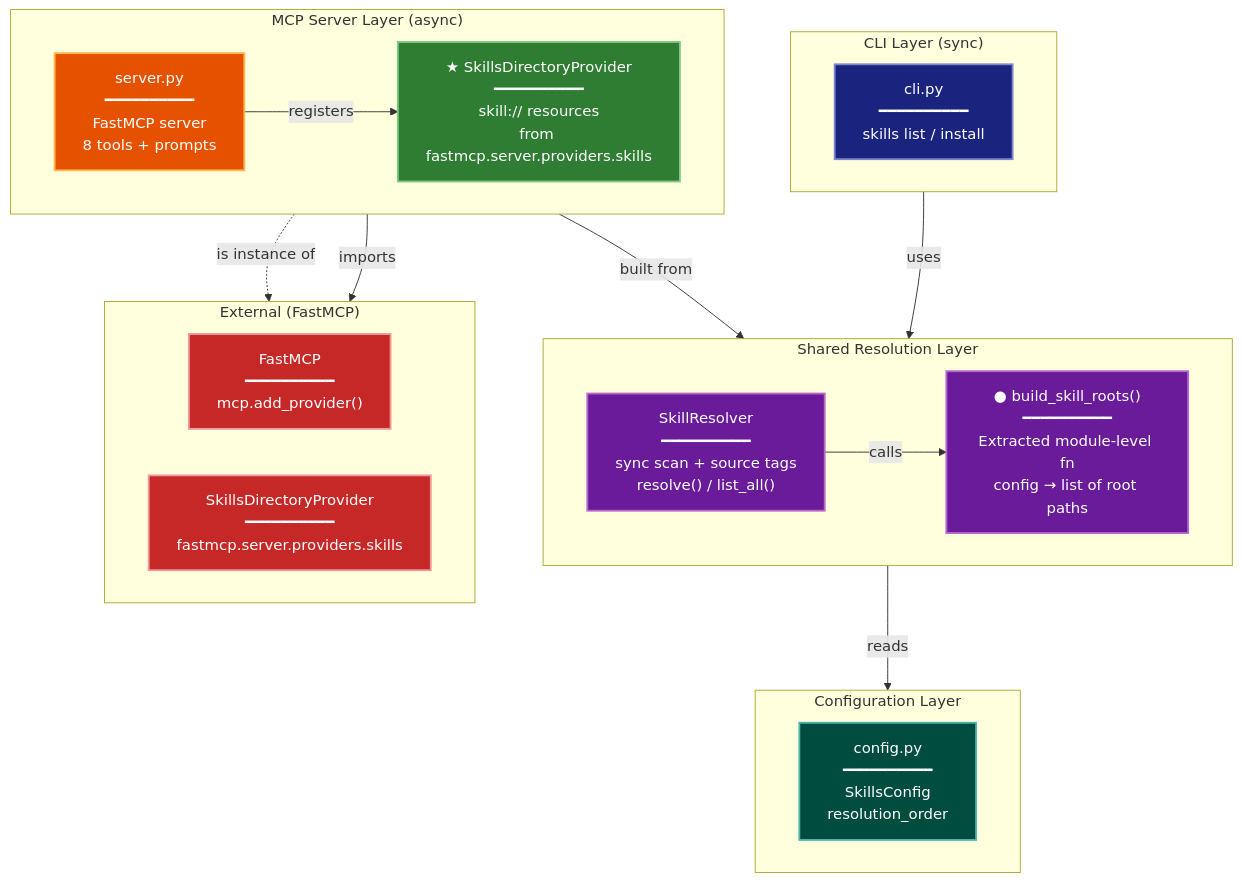
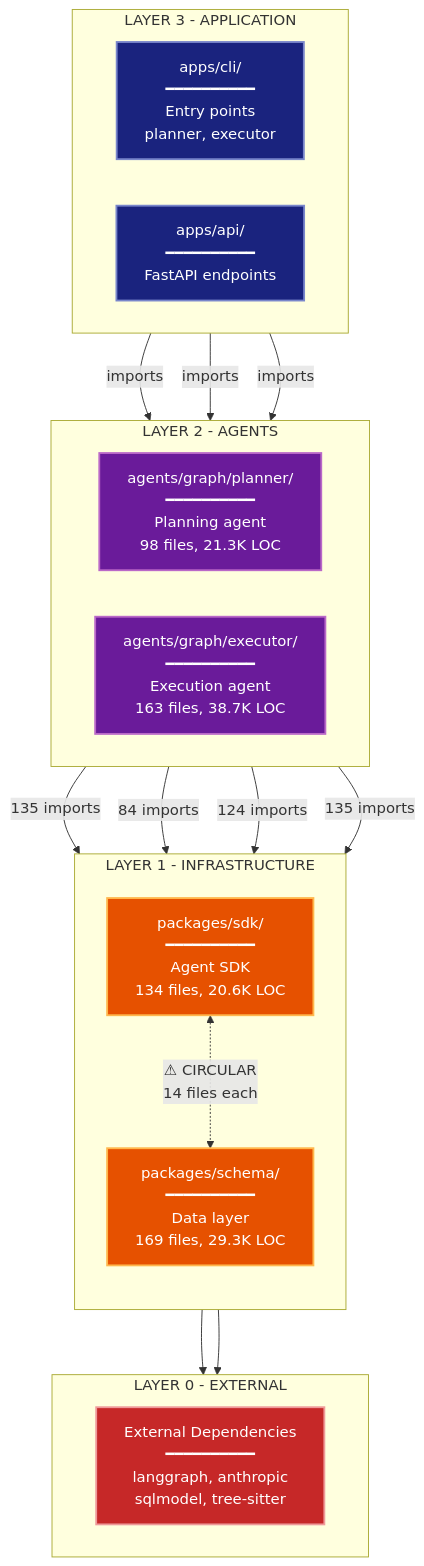
Before and after one commit to Trecek/trecek.github.io: the first of 3 diagrams in _posts/2026-02-16-i-want-to-see-not-read.md, drawn with Mermaid. The commit also changed other lines of this file, not shown here.

````diff
--- a/_posts/2026-02-16-i-want-to-see-not-read.md
+++ b/_posts/2026-02-16-i-want-to-see-not-read.md
@@ -82,59 +84,54 @@
 ```mermaid
 %%{init: {'flowchart': {'nodeSpacing': 50, 'rankSpacing': 70, 'curve': 'basis'}}}%%
 graph TB
+    %% CLASS DEFINITIONS %%
     classDef cli fill:#1a237e,stroke:#7986cb,stroke-width:2px,color:#fff;
+    classDef phase fill:#6a1b9a,stroke:#ba68c8,stroke-width:2px,color:#fff;
+    classDef handler fill:#e65100,stroke:#ffb74d,stroke-width:2px,color:#fff;
     classDef stateNode fill:#004d40,stroke:#4db6ac,stroke-width:2px,color:#fff;
-    classDef handler fill:#e65100,stroke:#ffb74d,stroke-width:2px,color:#fff;
-    classDef phase fill:#6a1b9a,stroke:#ba68c8,stroke-width:2px,color:#fff;
-    classDef newComponent fill:#2e7d32,stroke:#81c784,stroke-width:2px,color:#fff;
     classDef integration fill:#c62828,stroke:#ef9a9a,stroke-width:2px,color:#fff;
+    classDef gap fill:#ff6f00,stroke:#ffa726,stroke-width:2px,color:#000;
 
-    subgraph CLI_Layer ["CLI Layer (sync)"]
+    subgraph Layer3 ["LAYER 3 - APPLICATION"]
         direction LR
-        CLI["cli.py<br/>━━━━━━━━━━<br/>skills list / install"]
+        CLI["apps/cli/<br/>━━━━━━━━━━<br/>Entry points<br/>planner, executor"]
+        API["apps/api/<br/>━━━━━━━━━━<br/>FastAPI endpoints"]
     end
 
-    subgraph MCP_Layer ["MCP Server Layer (async)"]
+    subgraph Layer2 ["LAYER 2 - AGENTS"]
         direction LR
-        SRV["server.py<br/>━━━━━━━━━━<br/>FastMCP server<br/>8 tools + prompts"]
-        PROV["★ SkillsDirectoryProvider<br/>━━━━━━━━━━<br/>skill:// resources<br/>from fastmcp.server.providers.skills"]
+        PLANNER["agents/graph/planner/<br/>━━━━━━━━━━<br/>Planning agent<br/>98 files, 21.3K LOC"]
+        EXECUTOR["agents/graph/executor/<br/>━━━━━━━━━━<br/>Execution agent<br/>163 files, 38.7K LOC"]
     end
 
-    subgraph Resolution_Layer ["Shared Resolution Layer"]
-        direction LR
-        ROOTS["● build_skill_roots()<br/>━━━━━━━━━━<br/>Extracted module-level fn<br/>config → list of root paths"]
-        RESOLVER["SkillResolver<br/>━━━━━━━━━━<br/>sync scan + source tags<br/>resolve() / list_all()"]
+    subgraph Layer1 ["LAYER 1 - INFRASTRUCTURE"]
+        direction TB
+        SDK["packages/sdk/<br/>━━━━━━━━━━<br/>Agent SDK<br/>134 files, 20.6K LOC"]
+        SCHEMA["packages/schema/<br/>━━━━━━━━━━<br/>Data layer<br/>169 files, 29.3K LOC"]
     end
 
-    subgraph Config_Layer ["Configuration Layer"]
+    subgraph Layer0 ["LAYER 0 - EXTERNAL"]
         direction LR
-        CFG["config.py<br/>━━━━━━━━━━<br/>SkillsConfig<br/>resolution_order"]
+        EXT["External Dependencies<br/>━━━━━━━━━━<br/>langgraph, anthropic<br/>sqlmodel, tree-sitter"]
     end
 
-    subgraph External ["External (FastMCP)"]
-        direction LR
-        FMCP["FastMCP<br/>━━━━━━━━━━<br/>mcp.add_provider()"]
-        SDP["SkillsDirectoryProvider<br/>━━━━━━━━━━<br/>fastmcp.server.providers.skills"]
-    end
+    %% VALID DEPENDENCIES (Downward) %%
+    CLI -->|"imports"| PLANNER
+    CLI -->|"imports"| EXECUTOR
+    API -->|"imports"| PLANNER
+    PLANNER -->|"135 imports"| SDK
+    PLANNER -->|"84 imports"| SCHEMA
+    EXECUTOR -->|"124 imports"| SDK
+    EXECUTOR -->|"135 imports"| SCHEMA
+    SDK --> EXT
+    SCHEMA --> EXT
 
-    %% CLI path
-    CLI -->|"uses"| RESOLVER
-    RESOLVER -->|"calls"| ROOTS
+    %% CIRCULAR DEPENDENCY (VIOLATION) %%
+    SDK <-.->|"⚠ CIRCULAR<br/>14 files each"| SCHEMA
 
-    %% Server path
-    SRV -->|"registers"| PROV
-    PROV -->|"built from"| ROOTS
-    PROV -.->|"is instance of"| SDP
-
-    %% Shared dependency
-    ROOTS -->|"reads"| CFG
-    SRV -->|"imports"| FMCP
-
-    %% Class assignments
-    class CLI cli;
-    class SRV handler;
-    class PROV newComponent;
-    class ROOTS,RESOLVER phase;
-    class CFG stateNode;
-    class FMCP,SDP integration;
+    %% CLASS ASSIGNMENTS %%
+    class CLI,API cli;
+    class PLANNER,EXECUTOR phase;
+    class SDK,SCHEMA handler;
+    class EXT integration;
 ```
````
